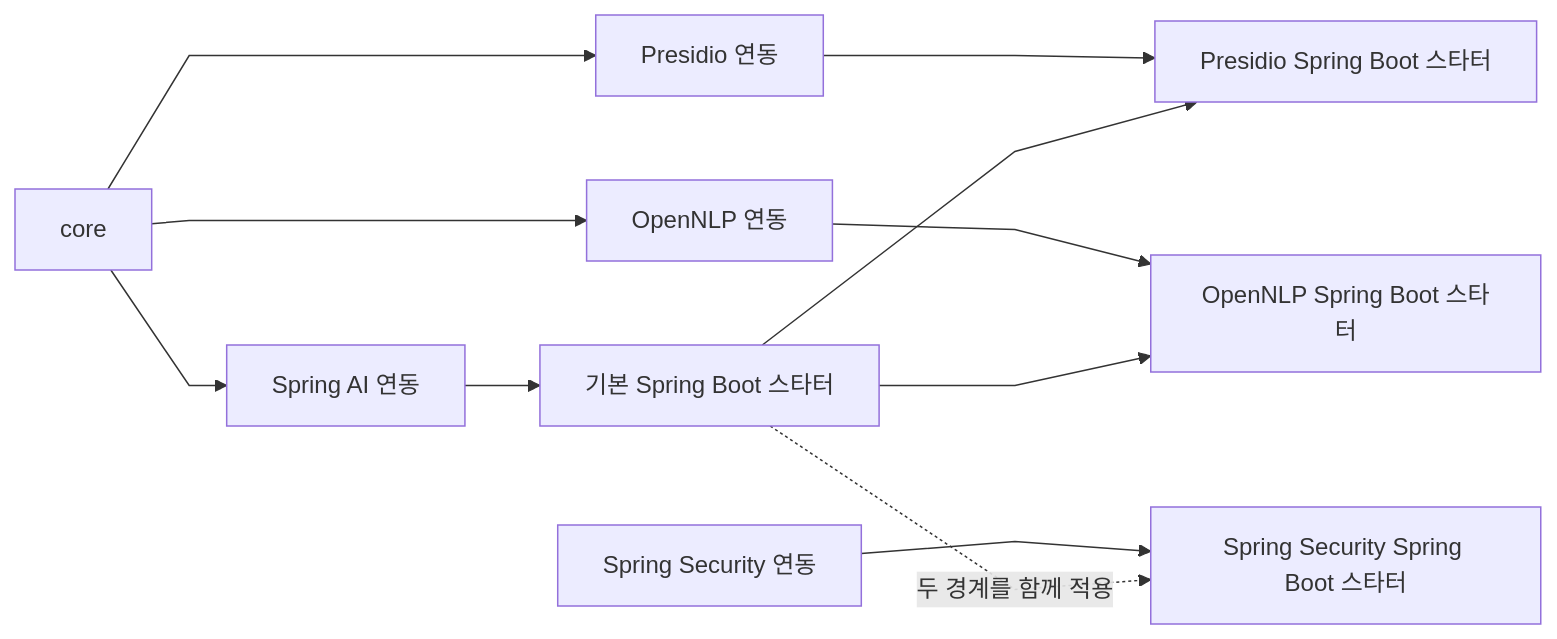
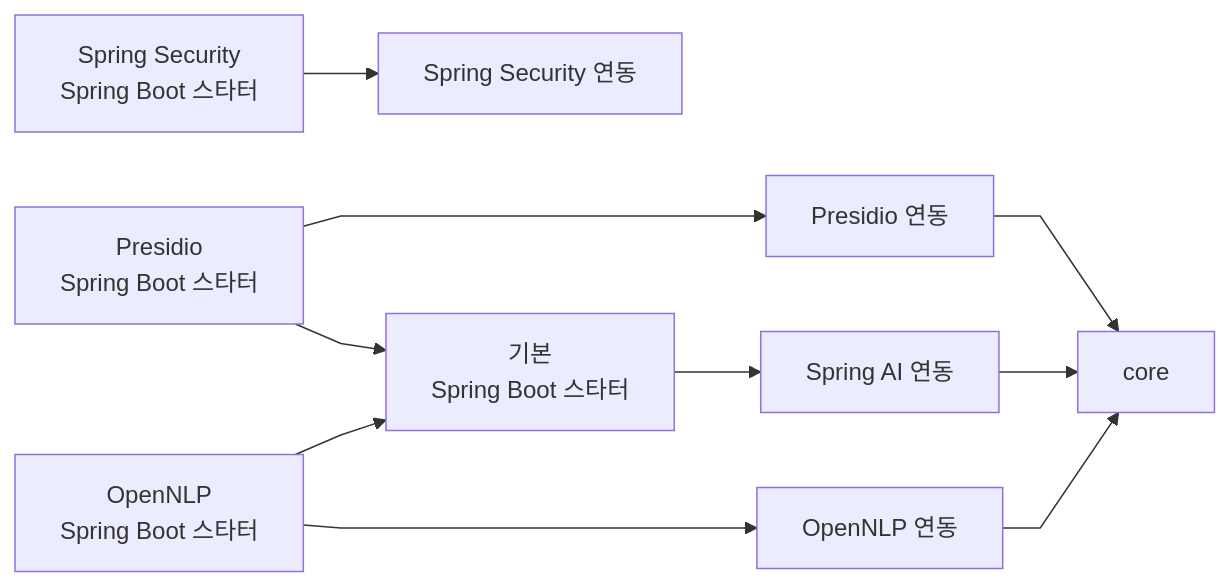
One commit to ultramancode/spring-ai-privacy-guardrails changed the second of 4 diagrams in docs/ko/architecture.md. Above: the diagram before and after it, drawn with Mermaid. The commit also changed other lines of this file and 61 other files, not shown here.

First line of the commit message:
feat: add Spring Security demo and improve documentation (#44)

````diff
--- a/docs/ko/architecture.md
+++ b/docs/ko/architecture.md
@@ -40,19 +43,18 @@
 ```mermaid
 %%{init: {"flowchart": {"curve": "linear"}}}%%
 flowchart LR
     CORE["core"]
 
-    CORE --> PRES["Presidio 연동"]
-    CORE --> SAI["Spring AI 연동"]
-    CORE --> OPEN["OpenNLP 연동"]
+    PRES["Presidio 연동"] --> CORE
+    SAI["Spring AI 연동"] --> CORE
+    OPEN["OpenNLP 연동"] --> CORE
     SEC["Spring Security 연동"]
 
-    PRES --> PRESBOOT["Presidio Spring Boot 스타터"]
-    SAI --> BASE["기본 Spring Boot 스타터"]
-    OPEN --> OPENBOOT["OpenNLP Spring Boot 스타터"]
-    SEC --> SECBOOT["Spring Security Spring Boot 스타터"]
+    PRESBOOT["Presidio<br/>Spring Boot 스타터"] --> PRES
+    BASE["기본<br/>Spring Boot 스타터"] --> SAI
+    OPENBOOT["OpenNLP<br/>Spring Boot 스타터"] --> OPEN
+    SECBOOT["Spring Security<br/>Spring Boot 스타터"] --> SEC
 
-    BASE --> PRESBOOT
-    BASE --> OPENBOOT
-    BASE -. "두 경계를 함께 적용" .-> SECBOOT
+    PRESBOOT --> BASE
+    OPENBOOT --> BASE
 ```
````
